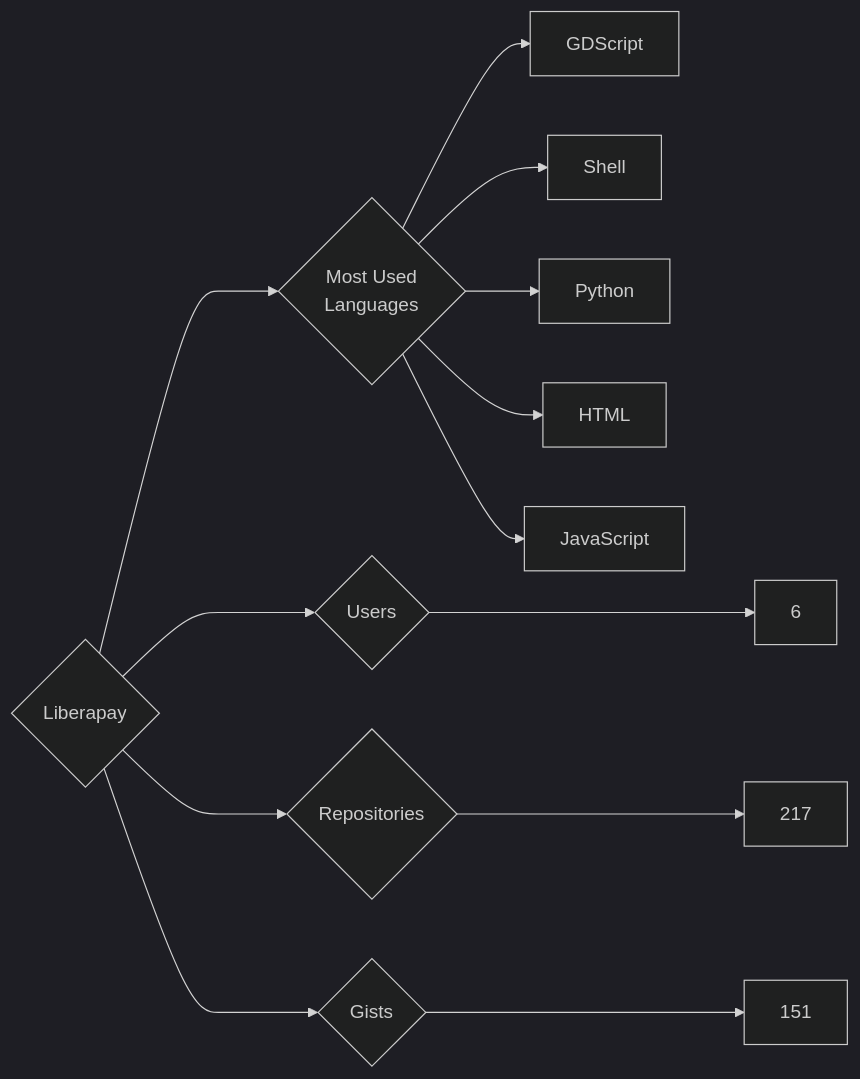
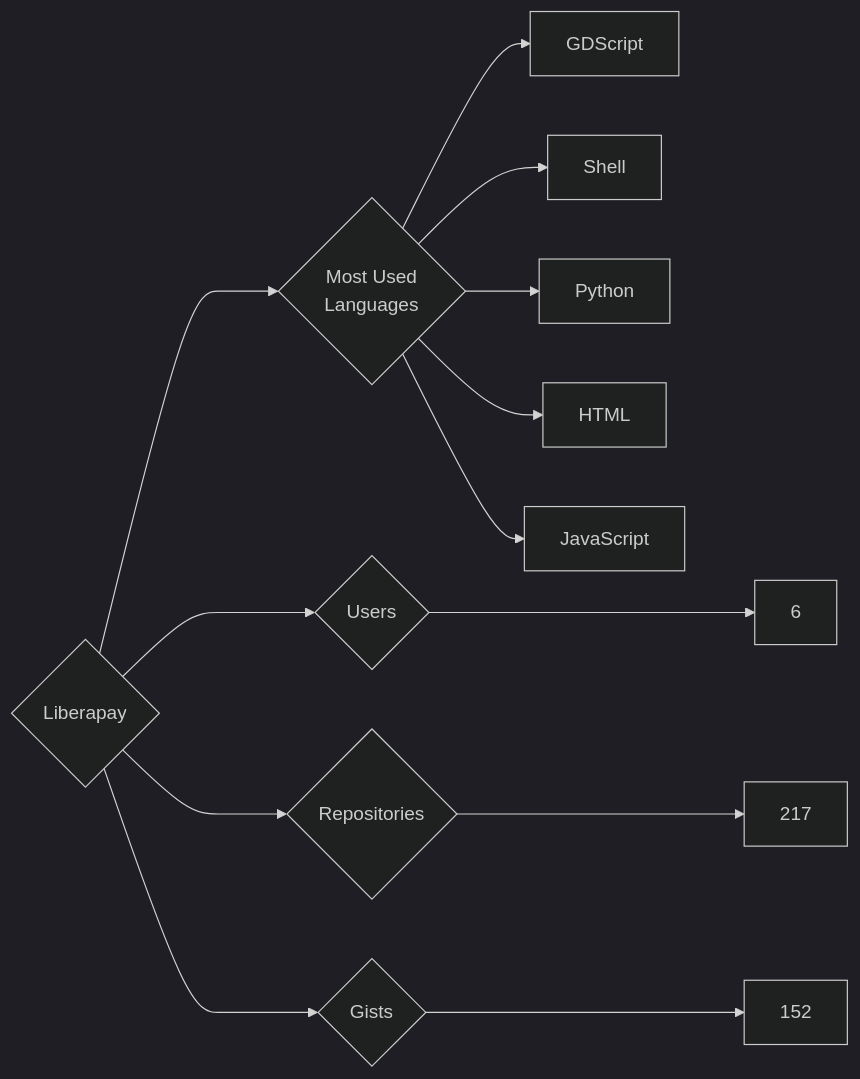
Before and after one commit to trickest/insiders: the diagram in targets/Liberapay/README.md, drawn with Mermaid (dark theme). The commit also changed 891 other files, not shown here.

````diff
--- a/targets/Liberapay/README.md
+++ b/targets/Liberapay/README.md
@@ -3,13 +3,13 @@
 ```mermaid
 graph LR
 COMPANY_NAME{Liberapay}
 COMPANY_NAME ---> U{Users} ---> UN[6]
 COMPANY_NAME ---> R{Repositories} ---> RN[217]
-COMPANY_NAME ---> G{Gists} ---> GN[151]
+COMPANY_NAME ---> G{Gists} ---> GN[152]
 COMPANY_NAME ---> ML{Most Used<br>Languages}
 ML --> GDScript[GDScript]
 ML --> Shell[Shell]
 ML --> Python[Python]
 ML --> HTML[HTML]
 ML --> JavaScript[JavaScript]
 ```
````
